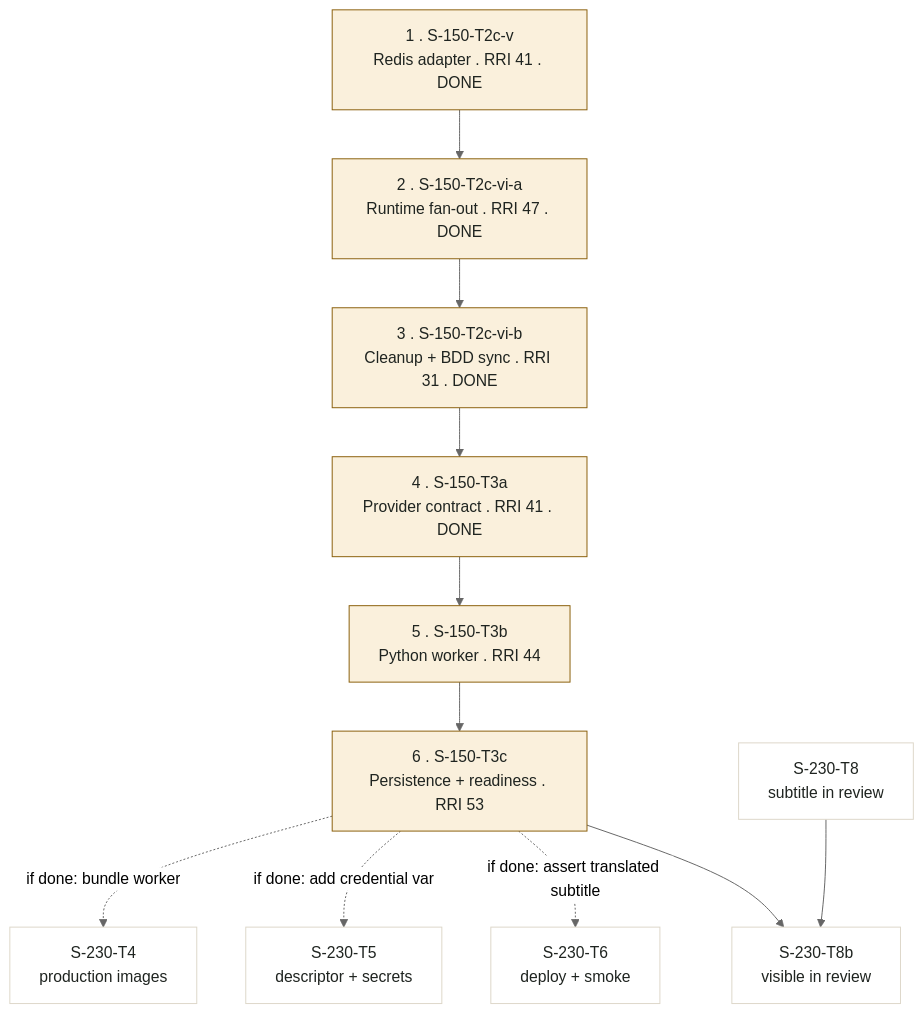
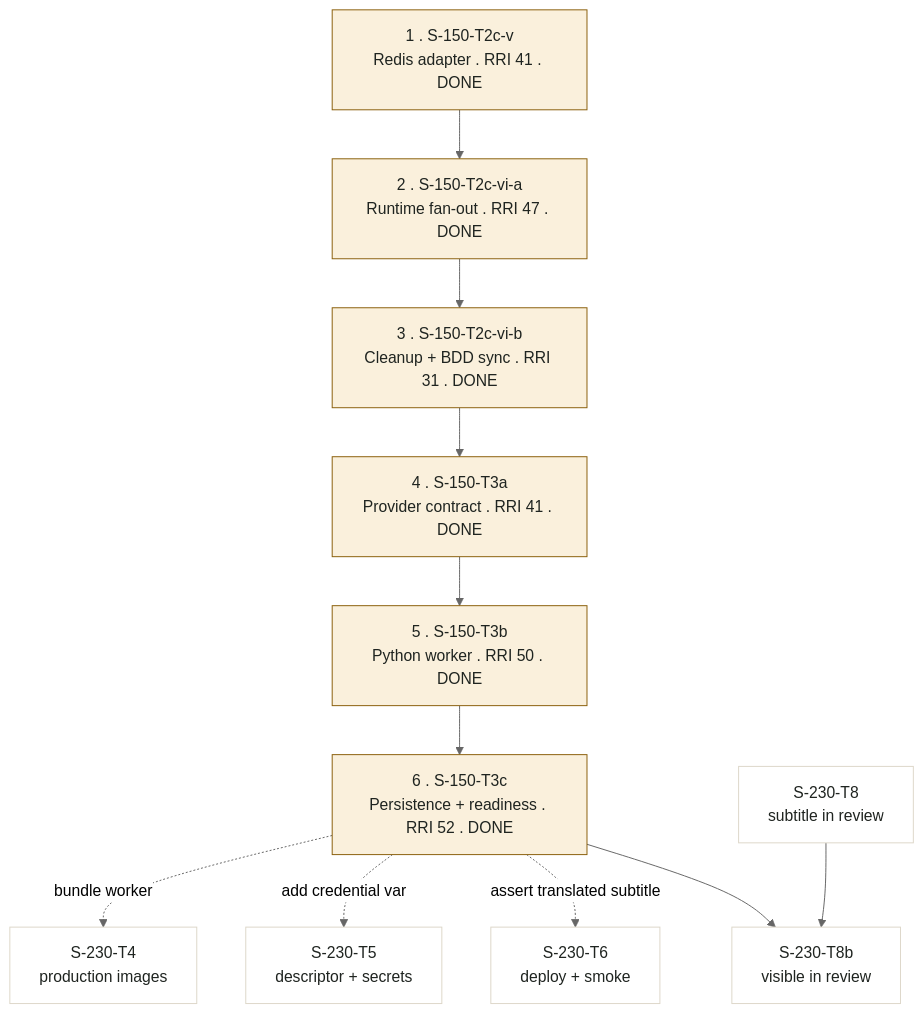
One commit to krukmat/dubbridge changed the diagram in docs/tasks/s-230-poc-v1-digitalocean.md. Above: the diagram before and after it, drawn with Mermaid (neutral theme). The commit also changed other lines of this file and 17 other files, not shown here.

First line of the commit message:
feat(s-150): translation runtime persistence and readiness (S-150-T3c)

````diff
--- a/docs/tasks/s-230-poc-v1-digitalocean.md
+++ b/docs/tasks/s-230-poc-v1-digitalocean.md
@@ -1323,19 +1331,19 @@
 ```mermaid
 flowchart TD
     T2CV["1 . S-150-T2c-v<br/>Redis adapter . RRI 41 . DONE"] --> T2CVIA["2 . S-150-T2c-vi-a<br/>Runtime fan-out . RRI 47 . DONE"]
     T2CVIA --> T2CVIB["3 . S-150-T2c-vi-b<br/>Cleanup + BDD sync . RRI 31 . DONE"]
     T2CVIB --> T3A["4 . S-150-T3a<br/>Provider contract . RRI 41 . DONE"]
-    T3A --> T3Bc["5 . S-150-T3b<br/>Python worker . RRI 44"]
-    T3Bc --> T3C["6 . S-150-T3c<br/>Persistence + readiness . RRI 53"]
+    T3A --> T3Bc["5 . S-150-T3b<br/>Python worker . RRI 50 . DONE"]
+    T3Bc --> T3C["6 . S-150-T3c<br/>Persistence + readiness . RRI 52 . DONE"]
 
-    T3C -. "if done: bundle worker" .-> T4["S-230-T4<br/>production images"]
-    T3C -. "if done: add credential var" .-> T5["S-230-T5<br/>descriptor + secrets"]
-    T3C -. "if done: assert translated subtitle" .-> T6["S-230-T6<br/>deploy + smoke"]
+    T3C -. "bundle worker" .-> T4["S-230-T4<br/>production images"]
+    T3C -. "add credential var" .-> T5["S-230-T5<br/>descriptor + secrets"]
+    T3C -. "assert translated subtitle" .-> T6["S-230-T6<br/>deploy + smoke"]
     T3C --> T8b["S-230-T8b<br/>visible in review"]
     T8["S-230-T8<br/>subtitle in review"] --> T8b
 
     classDef child fill:#faf0dc,stroke:#8a5f0b,color:#1f2420;
     classDef ext fill:#ffffff,stroke:#ddd7c9,color:#1f2420;
     class T2CV,T2CVIA,T2CVIB,T3A,T3Bc,T3C child;
     class T4,T5,T6,T8,T8b ext;
 ```
````
